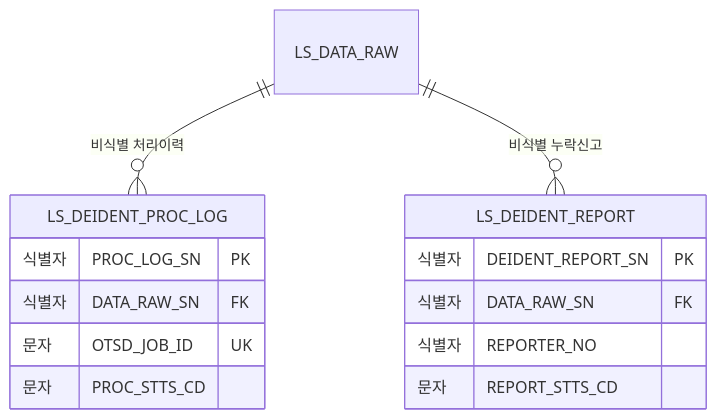
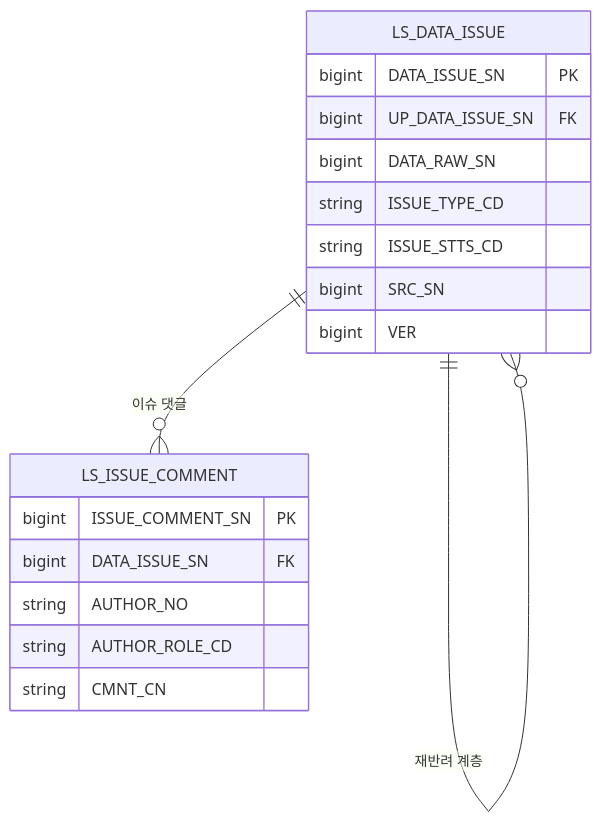
One commit to New-stella/klid-label changed the eighth of 14 diagrams in docs/design/D8-엔티티관계모형설계서.md. Above: the diagram before and after it, drawn with Mermaid. The commit also changed other lines of this file and 7 other files, not shown here.

````diff
--- a/docs/design/D8-엔티티관계모형설계서.md
+++ b/docs/design/D8-엔티티관계모형설계서.md
@@ -305,17 +281,21 @@
 ```mermaid
 erDiagram
-    LS_DATA_RAW ||--o{ LS_DEIDENT_PROC_LOG : "비식별 처리이력"
-    LS_DATA_RAW ||--o{ LS_DEIDENT_REPORT : "비식별 누락신고"
-    LS_DEIDENT_PROC_LOG {
-        식별자 PROC_LOG_SN PK
-        식별자 DATA_RAW_SN FK
-        문자 OTSD_JOB_ID UK
-        문자 PROC_STTS_CD
+    LS_DATA_ISSUE ||--o{ LS_ISSUE_COMMENT : "이슈 댓글"
+    LS_DATA_ISSUE ||--o{ LS_DATA_ISSUE : "재반려 계층"
+    LS_DATA_ISSUE {
+        bigint DATA_ISSUE_SN PK
+        bigint UP_DATA_ISSUE_SN FK
+        bigint DATA_RAW_SN
+        string ISSUE_TYPE_CD
+        string ISSUE_STTS_CD
+        bigint SRC_SN
+        bigint VER
     }
-    LS_DEIDENT_REPORT {
-        식별자 DEIDENT_REPORT_SN PK
-        식별자 DATA_RAW_SN FK
-        식별자 REPORTER_NO
-        문자 REPORT_STTS_CD
+    LS_ISSUE_COMMENT {
+        bigint ISSUE_COMMENT_SN PK
+        bigint DATA_ISSUE_SN FK
+        string AUTHOR_NO
+        string AUTHOR_ROLE_CD
+        string CMNT_CN
     }
 ```
````
